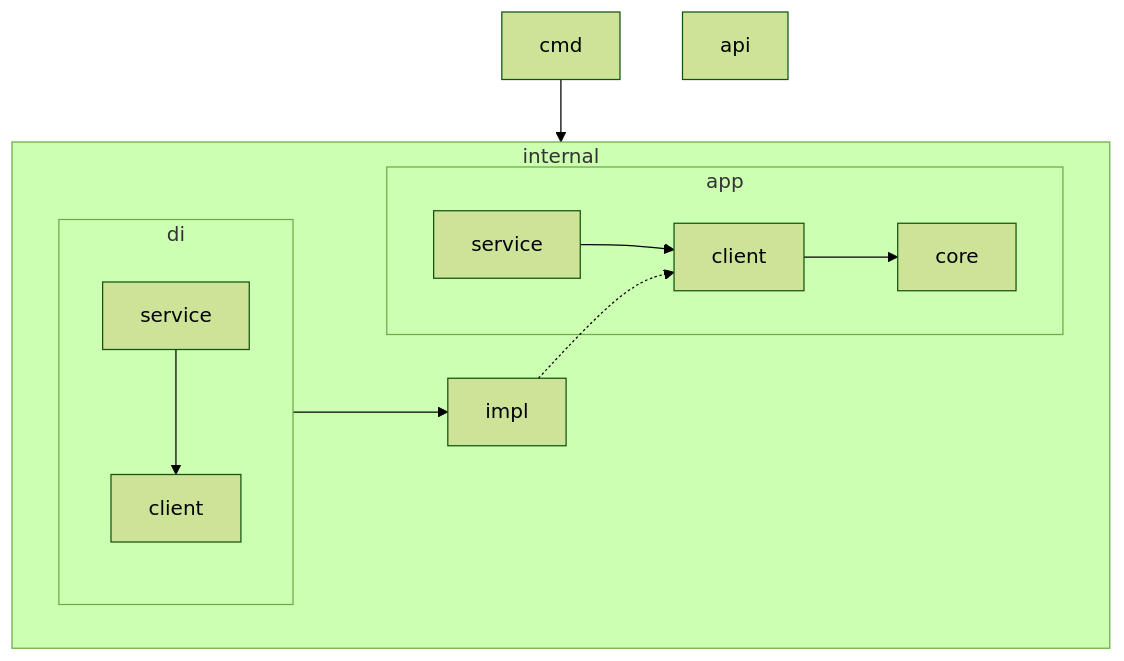
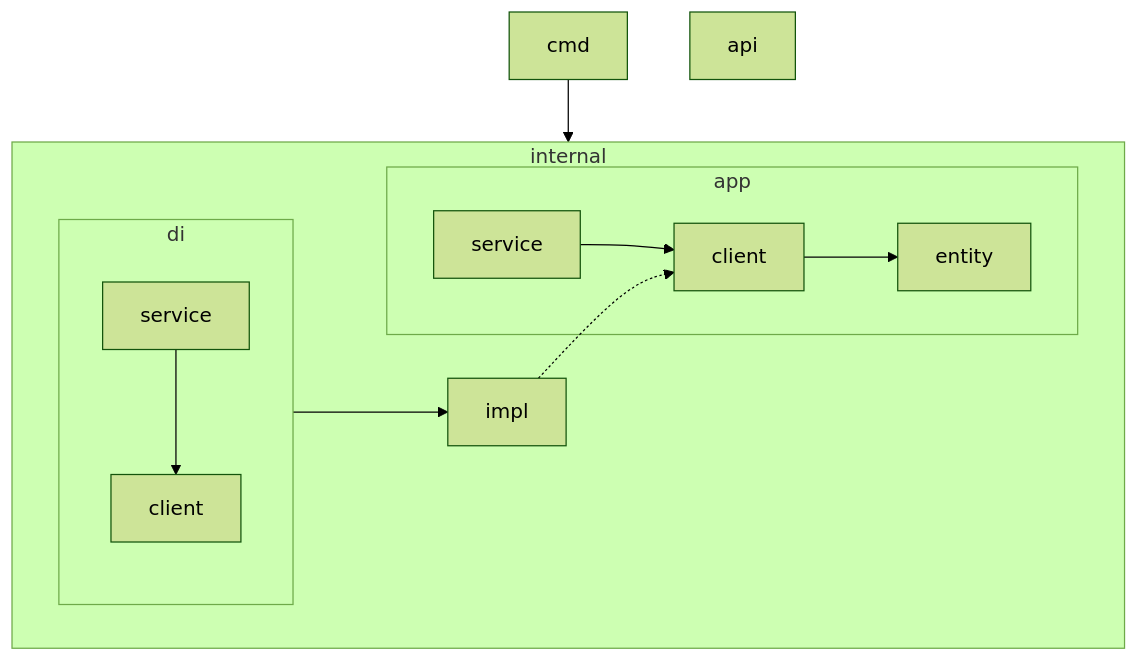
One commit to MoonlightOffice/typek8s changed the diagram in package/AGENTS.md. Above: the diagram before and after it, drawn with Mermaid (forest theme). The commit also changed other lines of this file and 20 other files, not shown here.

Commit message:
refactor: rename 'core' to 'entity'

````diff
--- a/package/AGENTS.md
+++ b/package/AGENTS.md
@@ -15,21 +15,21 @@
 ```mermaid
 graph TB
     subgraph internal
         direction LR
         subgraph app
-            service --> client --> core
+            service --> client --> entity
         end
 
         impl -.-> client
 
         subgraph di
             S[service] --> C[client]
         end
 
         di --> impl
     end
 
     cmd --> internal
 
     api
 ```
````
